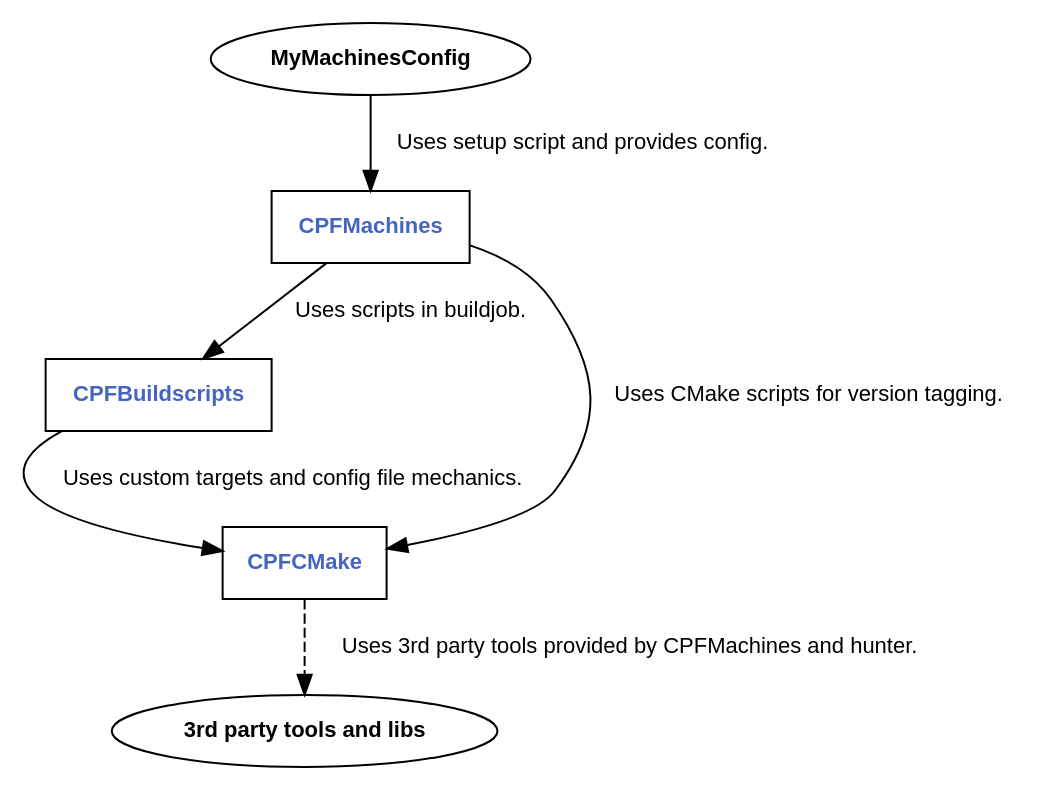
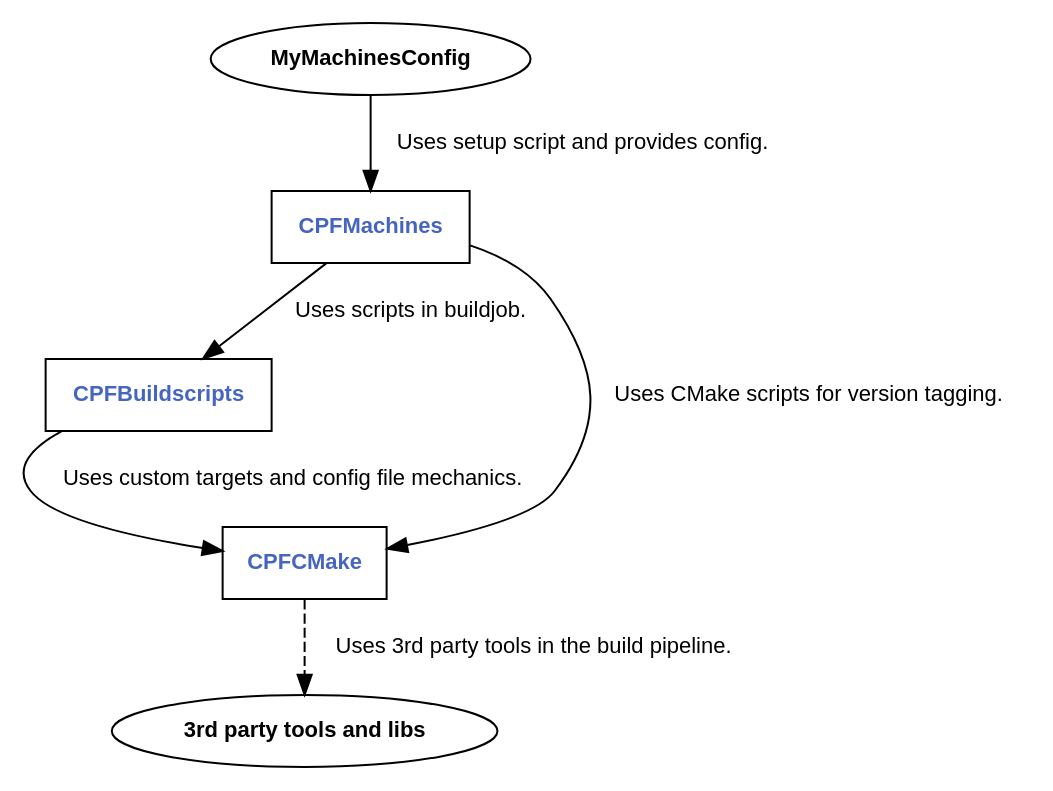
The diagram in Sources/documentation/ProjectOrganisation.rst (Knitschi/CMakeProjectFramework), drawn with Graphviz before and after one commit. The commit also changed other lines of this file and 6 other files, not shown here.

```diff
--- a/Sources/documentation/ProjectOrganisation.rst
+++ b/Sources/documentation/ProjectOrganisation.rst
@@ -22,18 +22,18 @@
 .. graphviz::
 
   digraph G {
     node [ fontsize=11, fontname="Helvetica-Bold" ]
     edge [ fontsize=11, fontname="Helvetica" ]
     {
     
       node [shape=box, fontcolor="#4665C0"];
-      CPFBuildscripts [ URL="\ref CPFBuildscripts"];
-      CPFCMake [ URL="\ref CPFCMake"];
-      CPFMachines [ URL="\ref CPFMachines"];
+      CPFBuildscripts [ URL="../CPFBuildscripts/documentation/CPFBuildscripts.html"];
+      CPFCMake [ URL="../CPFCMake/documentation/CPFCMake.html"];
+      CPFMachines [ URL="../CPFMachines/documentation/CPFMachines.html"];
     }
     "MyMachinesConfig" -> "CPFMachines" [ label="Uses setup script and provides config." ]
     "CPFMachines" -> "CPFBuildscripts" [ label="Uses scripts in buildjob." ]
     "CPFMachines" -> "CPFCMake" [ label="Uses CMake scripts for version tagging." ]
     "CPFBuildscripts" -> "CPFCMake" [ label="Uses custom targets and config file mechanics."  ]
-    "CPFCMake" -> "3rd party tools and libs" [ label="Uses 3rd party tools provided by CPFMachines and hunter." style = dashed ]
+    "CPFCMake" -> "3rd party tools and libs" [ label="Uses 3rd party tools in the build pipeline." style = dashed ]
   }
```
